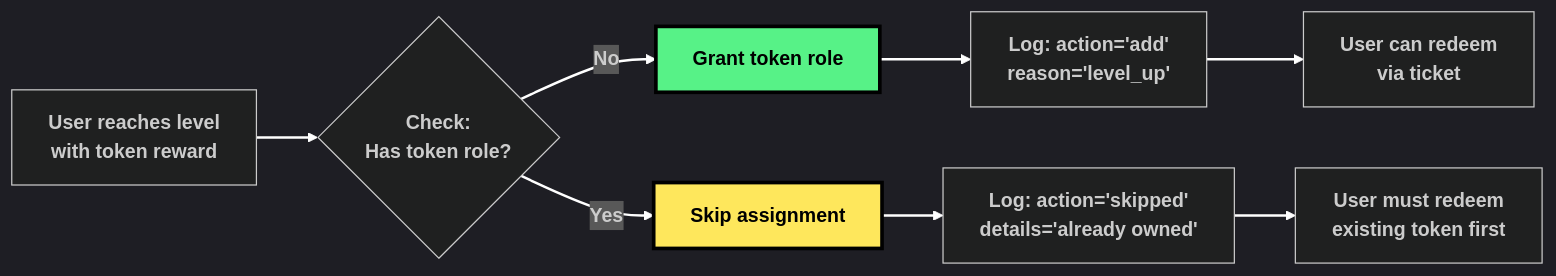
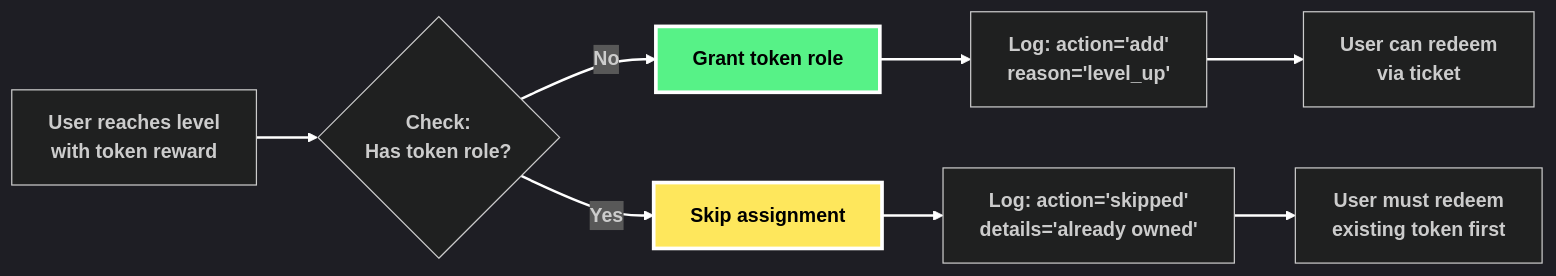
Before and after one commit to watchthelight/pawtech-v2: the fifth of 8 diagrams in docs/roadmap/ROLE_AUTOMATION_PLAN.md, drawn with Mermaid. The commit also changed other lines of this file, not shown here.

````diff
--- a/docs/roadmap/ROLE_AUTOMATION_PLAN.md
+++ b/docs/roadmap/ROLE_AUTOMATION_PLAN.md
@@ -526,16 +526,16 @@
 ```mermaid
 %%{init: {'theme':'dark', 'themeVariables': { 'fontSize':'16px'}}}%%
 flowchart LR
     A["<b>User reaches level<br/>with token reward</b>"] --> B{"<b>Check:<br/>Has token role?</b>"}
     B -->|"<b>No</b>"| C["<b>Grant token role</b>"]
     B -->|"<b>Yes</b>"| D["<b>Skip assignment</b>"]
     C --> E["<b>Log: action='add'</b><br/><b>reason='level_up'</b>"]
     D --> F["<b>Log: action='skipped'</b><br/><b>details='already owned'</b>"]
     E --> G["<b>User can redeem<br/>via ticket</b>"]
     F --> H["<b>User must redeem<br/>existing token first</b>"]
 
-    style C fill:#57F287,stroke:#000,stroke-width:3px,color:#000
-    style D fill:#FEE75C,stroke:#000,stroke-width:3px,color:#000
+    style C fill:#57F287,stroke:#fff,stroke-width:3px,color:#000
+    style D fill:#FEE75C,stroke:#fff,stroke-width:3px,color:#000
 
     linkStyle default stroke:#fff,stroke-width:2px
 ```
````
